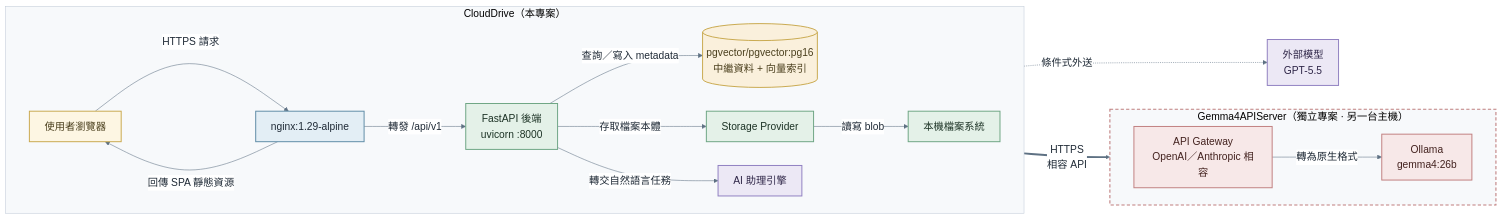
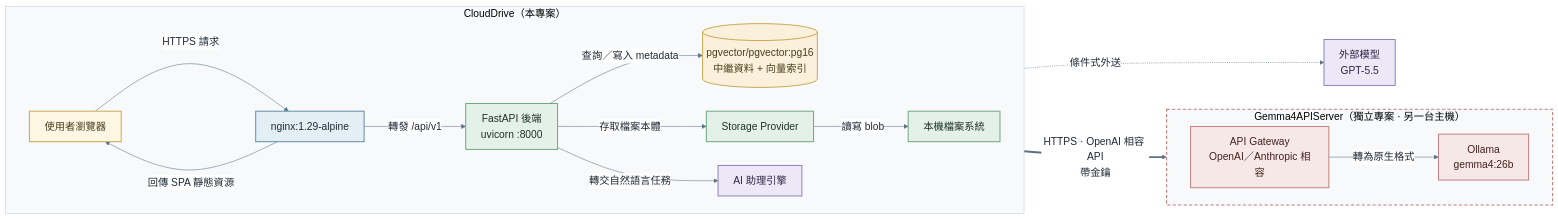
One commit to billwu101/CloudDrive changed the diagram in doc/ppt/src/04-arch.mmd. Above: the diagram before and after it, drawn with Mermaid. The commit also changed 1 other file, not shown here.

```diff
--- a/doc/ppt/src/04-arch.mmd
+++ b/doc/ppt/src/04-arch.mmd
@@ -1,33 +1,33 @@
 %%{init: {'theme':'base','themeVariables':{'fontFamily':'PingFang TC, Avenir Next, Helvetica Neue, Arial, sans-serif','fontSize':'19px','primaryColor':'#eef1f5','primaryBorderColor':'#8b98a8','primaryTextColor':'#1f2a36','lineColor':'#5e7183','edgeLabelBackground':'#ffffff','clusterBkg':'#f7f9fb','clusterBorder':'#c2ccd8'},'flowchart':{'curve':'basis','nodeSpacing':44,'rankSpacing':64,'padding':14}}}%%
 graph LR
   subgraph CD["CloudDrive（本專案）"]
     direction LR
     U["使用者瀏覽器"] -->|"HTTPS 請求"| NX["nginx:1.29-alpine"]
     NX -->|"回傳 SPA 靜態資源"| U
     NX -->|"轉發 /api/v1"| BE["FastAPI 後端<br/>uvicorn :8000"]
     BE -->|"查詢／寫入 metadata"| PG[("pgvector/pgvector:pg16<br/>中繼資料 + 向量索引")]
     BE -->|"存取檔案本體"| SP2["Storage Provider"]
     SP2 -->|"讀寫 blob"| FS["本機檔案系統"]
     BE -->|"轉交自然語言任務"| AS["AI 助理引擎"]
   end
   subgraph EXT["Gemma4APIServer（獨立專案 · 另一台主機）"]
     direction LR
     GW["API Gateway<br/>OpenAI／Anthropic 相容"] -->|"轉為原生格式"| OL["Ollama<br/>gemma4:26b"]
   end
-  AS ==>|"HTTPS<br/>相容 API"| GW
+  AS ==>|"HTTPS · OpenAI 相容 API<br/>帶金鑰"| GW
   AS -.->|"條件式外送"| EXM["外部模型<br/>GPT-5.5"]
   classDef user fill:#fdf6e3,stroke:#c9a94e,stroke-width:1.8px,color:#4a3f1d
   classDef front fill:#e3eef5,stroke:#5e8ba6,stroke-width:1.8px,color:#1f2a36
   classDef back fill:#e4f1e8,stroke:#6da583,stroke-width:1.8px,color:#1c3225
   classDef db fill:#faf0dc,stroke:#c9a94e,stroke-width:1.8px,color:#4a3f1d
   classDef vol fill:#f0f2f5,stroke:#98a3b0,stroke-width:1.4px,color:#3a4450
   classDef ai fill:#ece8f5,stroke:#8f7fc0,stroke-width:1.8px,color:#2e2547
   classDef edge fill:#f7e8e8,stroke:#c07f7f,stroke-width:1.8px,color:#43221f
   class U user
   class NX front
   class BE,SP2,FS back
   class PG db
   class AS ai
   class GW,OL edge
   class EXM ai
   style EXT stroke-dasharray: 6 4,stroke:#c07f7f,stroke-width:2px
```
